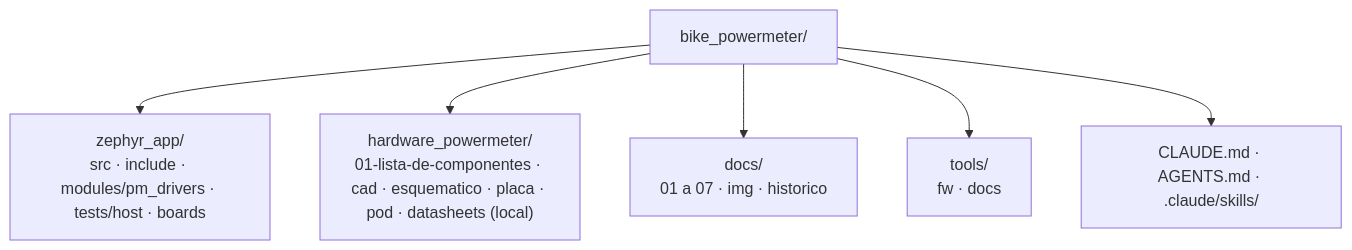
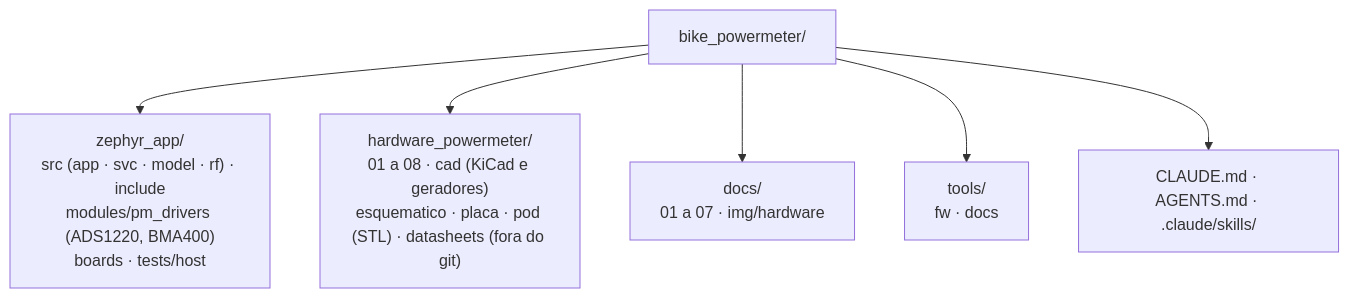
Before and after one commit to Guiimartinho/bike-powermeter: the third of 3 diagrams in README.md, drawn with Mermaid. The commit also changed other lines of this file and 9 other files, not shown here.

````diff
--- a/README.md
+++ b/README.md
@@ -66,9 +147,9 @@
 ```mermaid
 flowchart TB
     ROOT["bike_powermeter/"]
-    ROOT --> ZA["zephyr_app/<br/>src · include · modules/pm_drivers · tests/host · boards"]
-    ROOT --> HW["hardware_powermeter/<br/>01-lista-de-componentes · cad · esquematico · placa · pod · datasheets (local)"]
-    ROOT --> DOCS["docs/<br/>01 a 07 · img · historico"]
+    ROOT --> ZA["zephyr_app/<br/>src (app · svc · model · rf) · include<br/>modules/pm_drivers (ADS1220, BMA400)<br/>boards · tests/host"]
+    ROOT --> HW["hardware_powermeter/<br/>01 a 08 · cad (KiCad e geradores)<br/>esquematico · placa · pod (STL) · datasheets (fora do git)"]
+    ROOT --> DOCS["docs/<br/>01 a 07 · img/hardware"]
     ROOT --> TOOLS["tools/<br/>fw · docs"]
     ROOT --> AI["CLAUDE.md · AGENTS.md · .claude/skills/"]
 ```
````
